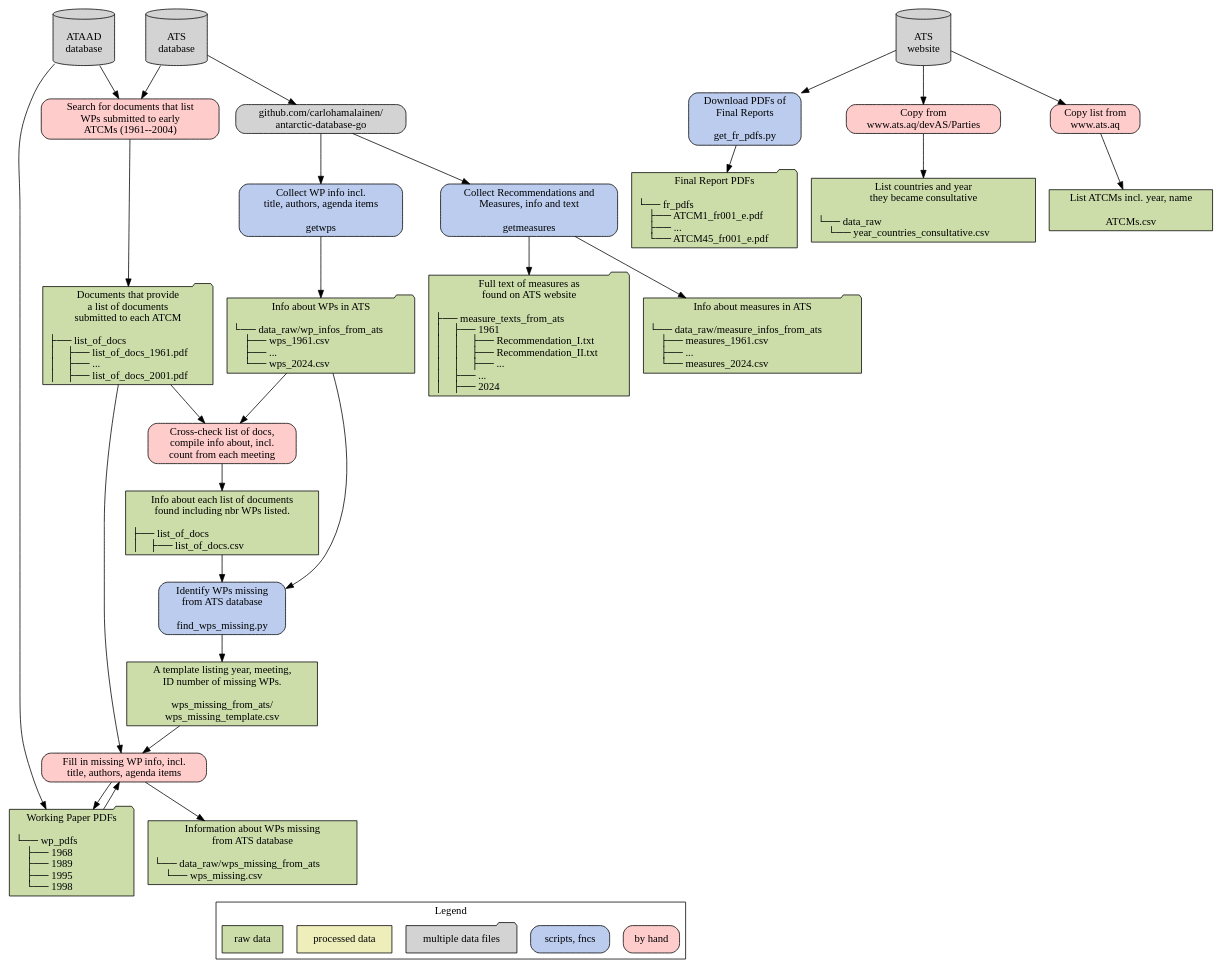
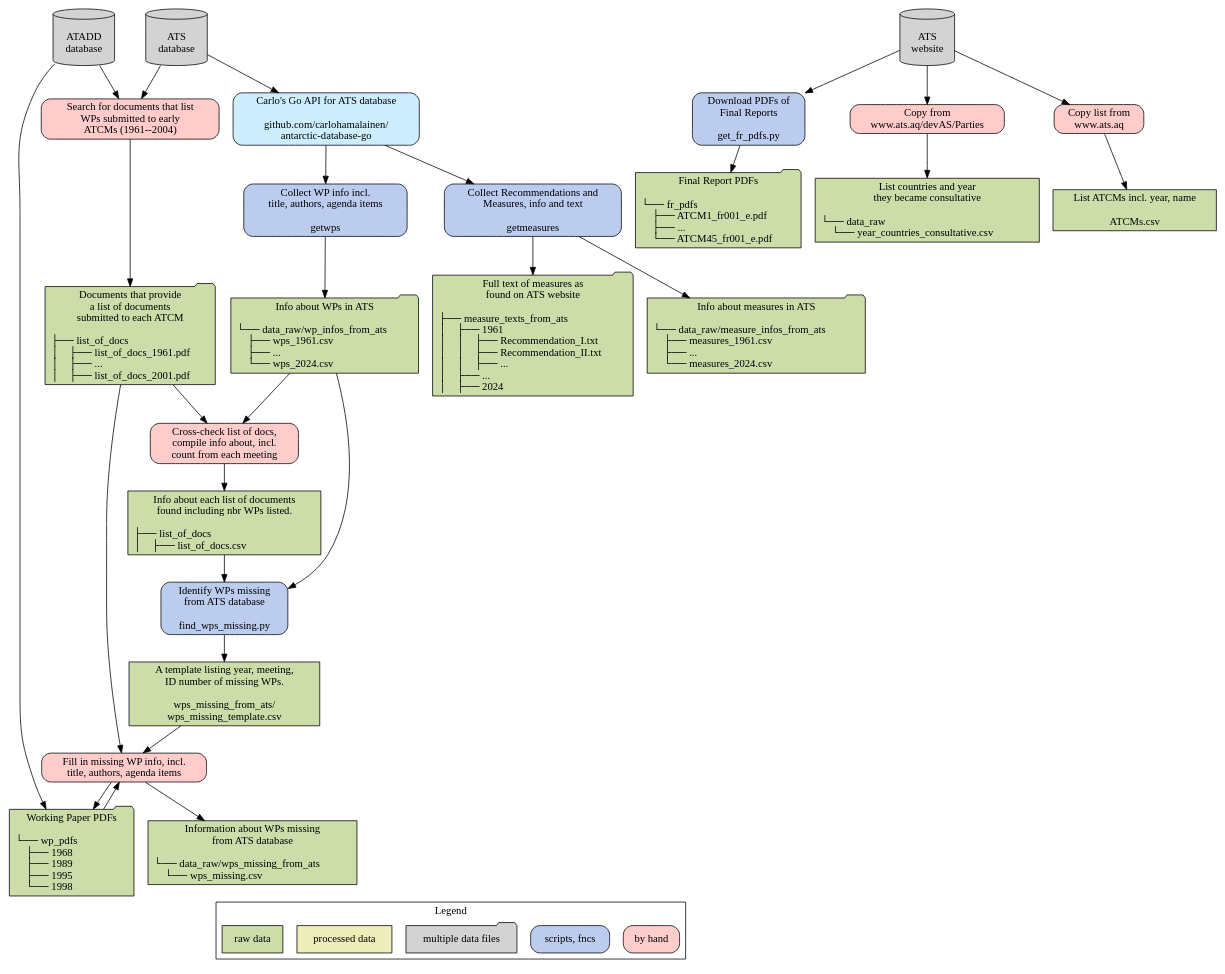
One commit to nadiahpk/antarctic-treaty-system-investigation changed the diagram in docs/data_raw/data_raw.dot. Above: the diagram before and after it, drawn with Graphviz. The commit also changed 3 other files, not shown here.

```diff
--- a/docs/data_raw/data_raw.dot
+++ b/docs/data_raw/data_raw.dot
@@ -1,88 +1,88 @@
 digraph {
 	graph [rankdir=TD];
 	node [label="\N", shape=rectangle, color="black"];
 
     // legend - separate out at end
     subgraph cluster_legend {
         label="Legend";
         leg3 [label="by hand", fillcolor="#ffcccc", style="rounded, filled"];
         // leg5 [label="scripts, fncs w. LLM", fillcolor="#cceeff", style="rounded, filled"];
         leg2 [label="scripts, fncs", fillcolor="#bbccee", style="rounded, filled"];
         leg4 [label="multiple data files", fillcolor="lightgray", style="filled", shape=folder];
         leg1 [label="processed data", fillcolor="#eeeebb", style="filled"];
         leg0 [label="raw data", fillcolor="#ccddaa", style="filled"];
         {rank="same" leg1 leg0 leg4 leg2 leg3};
     }
 
     // nodes
     { // databases
         node [fillcolor="lightgray", style="filled", shape="cylinder"];
         ATS [label="\nATS\ndatabase"];
-        ATAAD [label="\nATAAD\ndatabase"];
+        ATADD [label="\nATADD\ndatabase"];
         ATS_web [label="\nATS\nwebsite"];
-        {rank="source" ATS ATAAD ATS_web};
+        {rank="source" ATS ATADD ATS_web};
     }
     { // Carlo's package
-        node [style="rounded, filled", fillcolor="lightgray"];
-        adg [label="github.com/carlohamalainen/\nantarctic-database-go"];
+        node [style="rounded, filled", fillcolor="#cceeff"];
+        adg [label="Carlo's Go API for ATS database\n\ngithub.com/carlohamalainen/\nantarctic-database-go"];
     }
     { // scripts and functions
         node [style="rounded, filled"];
         { // No LLM
             node [fillcolor="#bbccee"];
             getwps [label="Collect WP info incl.\ntitle, authors, agenda items\n\ngetwps"];
             getmeasures [label="Collect Recommendations and\nMeasures, info and text\n\ngetmeasures"];
             find_wps_missing [label="Identify WPs missing\nfrom ATS database\n\nfind_wps_missing.py"];
             get_fr_pdfs [label="Download PDFs of\nFinal Reports\n\nget_fr_pdfs.py"];
         }
         { // LLM
             node [fillcolor="#cceeff"];
         }
     { // raw data
         node [fillcolor="#ccddaa", style="filled"];
         wp_infos_ats [label="Info about WPs in ATS\n\l└── data_raw/wp_infos_from_ats\l     ├── wps_1961.csv\l     ├── ...\l     └── wps_2024.csv\l",shape="folder"];
         measure_infos_ats [label="Info about measures in ATS\n\l└── data_raw/measure_infos_from_ats\l     ├── measures_1961.csv\l     ├── ...\l     └── measures_2024.csv\l",shape="folder"];
         measure_texts_ats [label="Full text of measures as\n found on ATS website\n\l├── measure_texts_from_ats\l│    ├── 1961\l│    │    ├── Recommendation_I.txt\l│    │    ├── Recommendation_II.txt\l│    │    ├── ...\l│    ├── ...\l│    ├── 2024\l",shape="folder"];
         list_of_docs_pdf [label="Documents that provide\na list of documents\nsubmitted to each ATCM\n\l├── list_of_docs\l│    ├── list_of_docs_1961.pdf\l│    ├── ...\l│    ├── list_of_docs_2001.pdf\l",shape="folder"];
         list_of_docs_csv [label="Info about each list of documents\nfound including nbr WPs listed.\n\n├── list_of_docs\l│    ├── list_of_docs.csv\l"];
         wps_missing_template [label="A template listing year, meeting,\nID number of missing WPs.\n\nwps_missing_from_ats/\nwps_missing_template.csv"];
         wps_missing_csv [label="Information about WPs missing\nfrom ATS database\n\l└── data_raw/wps_missing_from_ats\l     └── wps_missing.csv\l"];
         wp_pdfs [label="Working Paper PDFs\n\n└── wp_pdfs\l     ├── 1968\l     ├── 1989\l     ├── 1995\l     └── 1998\l",shape="folder"];
         fr_pdfs [label="Final Report PDFs\n\n└── fr_pdfs\l     ├── ATCM1_fr001_e.pdf\l     ├── ...\l     └── ATCM45_fr001_e.pdf\l",shape="folder"];
         year_countries_consultative [label="List countries and year\nthey became consultative\n\l└── data_raw\l     └── year_countries_consultative.csv\l"];
         ATCMs [label="List ATCMs incl. year, name\n\nATCMs.csv"];
     }
 
     { // processed-data nodes
         node [fillcolor="#eeeebb", style="filled"];
         // node_name [label="words\n\nfile.txt"];
     }
     }
     { // by hand
         node [fillcolor="#ffcccc", style="rounded, filled"];
         search_list_of_docs [label="Search for documents that list\nWPs submitted to early\nATCMs (1961--2004)"];
         read_list_of_docs [label="Cross-check list of docs,\ncompile info about, incl.\ncount from each meeting"];
         fill_in_missing_wps [label="Fill in missing WP info, incl.\ntitle, authors, agenda items"];
         dload_year_countries_consultative [label="Copy from\nwww.ats.aq/devAS/Parties"];
         dload_ATCMs [label="Copy list from\nwww.ats.aq"];
     }
     { // Result
         node [shape="plaintext"];
         // dot_graph [label="Graph of connections between\n WPs, Recs, past and future meetings", fontsize="16"];
     }
 
     // connections
     ATS -> adg -> {getwps, getmeasures};
     getwps -> wp_infos_ats;
     getmeasures -> {measure_infos_ats, measure_texts_ats};
-    {ATS, ATAAD} -> search_list_of_docs -> list_of_docs_pdf;
+    {ATS, ATADD} -> search_list_of_docs -> list_of_docs_pdf;
     {wp_infos_ats, list_of_docs_pdf} -> read_list_of_docs -> list_of_docs_csv;
     {wp_infos_ats, list_of_docs_csv} -> find_wps_missing -> wps_missing_template;
     {wps_missing_template, list_of_docs_pdf} -> fill_in_missing_wps -> wps_missing_csv;
     fill_in_missing_wps -> wp_pdfs -> fill_in_missing_wps;
-    ATAAD -> wp_pdfs;
+    ATADD -> wp_pdfs;
     ATS_web -> get_fr_pdfs -> fr_pdfs;
     ATS_web -> dload_year_countries_consultative -> year_countries_consultative;
     ATS_web -> dload_ATCMs -> ATCMs;
     wps_missing_csv -> leg0 [style="invis"];
 }
```
